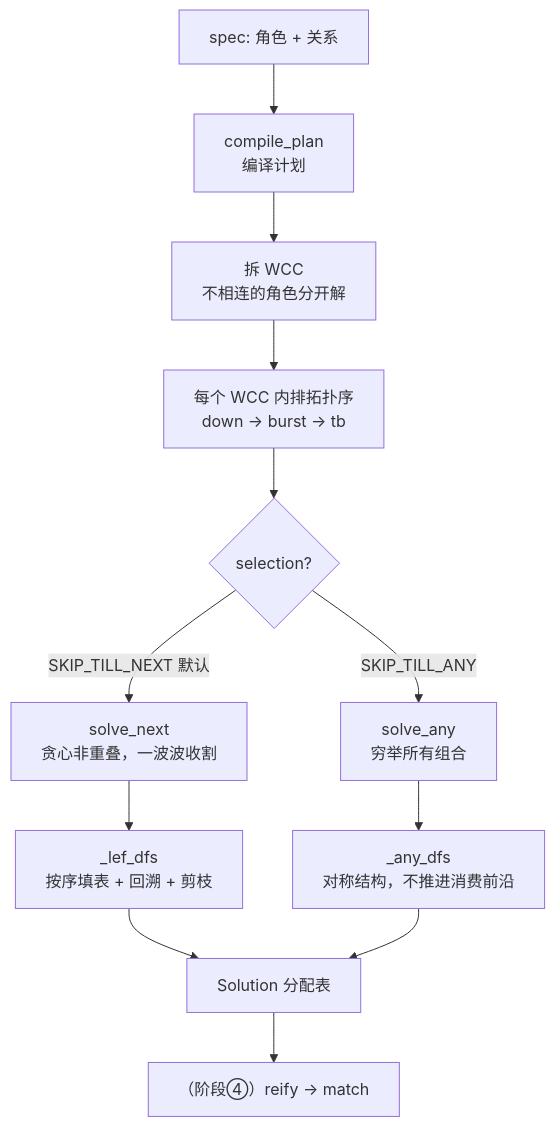
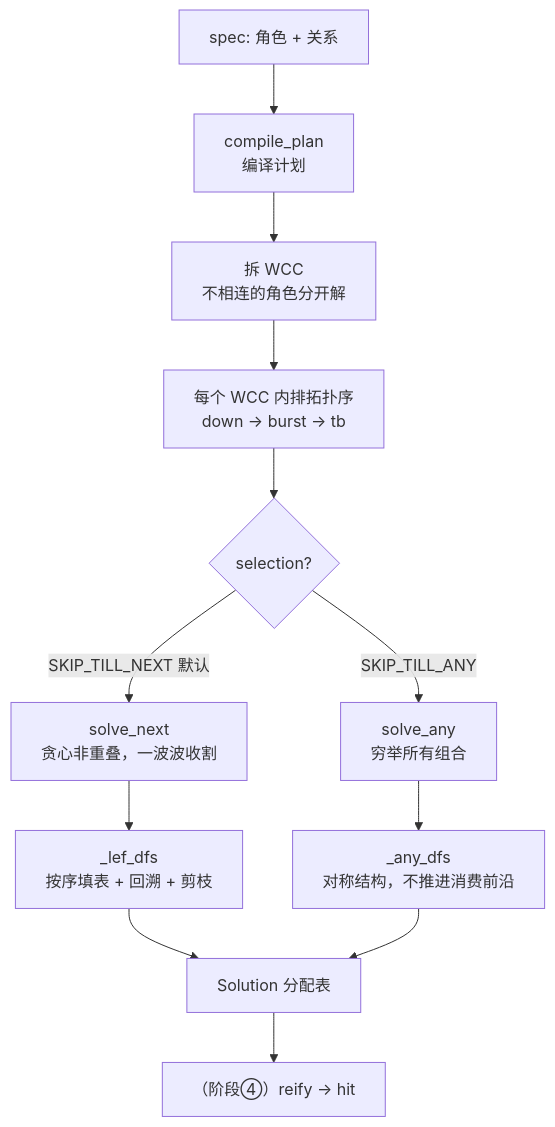
One commit to ufgtb24/Trade_Strategy changed the first of 2 diagrams in docs/explain/dag_solve_logic_analysis.md. Above: the diagram before and after it, drawn with Mermaid. The commit also changed other lines of this file and 26 other files, not shown here.

First line of the commit message:
票 05：CLAUDE.md、docs/path2、docs/explain、feature_candidates 里指 app 产出的 match 与「匹配」换成 hit / 命中 / 求解，guide/matching-and-results.md 改名 hits-and-results.md；残留检查修掉跳过中文文件名的缺陷，加断链检查与过时旧名清单。下一步：改记忆

````diff
--- a/docs/explain/dag_solve_logic_analysis.md
+++ b/docs/explain/dag_solve_logic_analysis.md
@@ -39,14 +39,14 @@
 ```mermaid
 flowchart TD
     SPEC[spec: 角色 + 关系] --> CP["compile_plan<br/>编译计划"]
     CP --> WCC["拆 WCC<br/>不相连的角色分开解"]
     WCC --> TOPO["每个 WCC 内排拓扑序<br/>down → burst → tb"]
     TOPO --> SOLVE{"selection?"}
     SOLVE -->|SKIP_TILL_NEXT 默认| NEXT["solve_next<br/>贪心非重叠，一波波收割"]
     SOLVE -->|SKIP_TILL_ANY| ANY["solve_any<br/>穷举所有组合"]
     NEXT --> DFS["_lef_dfs<br/>按序填表 + 回溯 + 剪枝"]
     ANY --> DFS2["_any_dfs<br/>对称结构，不推进消费前沿"]
     DFS --> SOL["Solution 分配表"]
     DFS2 --> SOL
-    SOL --> REIFY["（阶段④）reify → match"]
+    SOL --> REIFY["（阶段④）reify → hit"]
 ```
````
